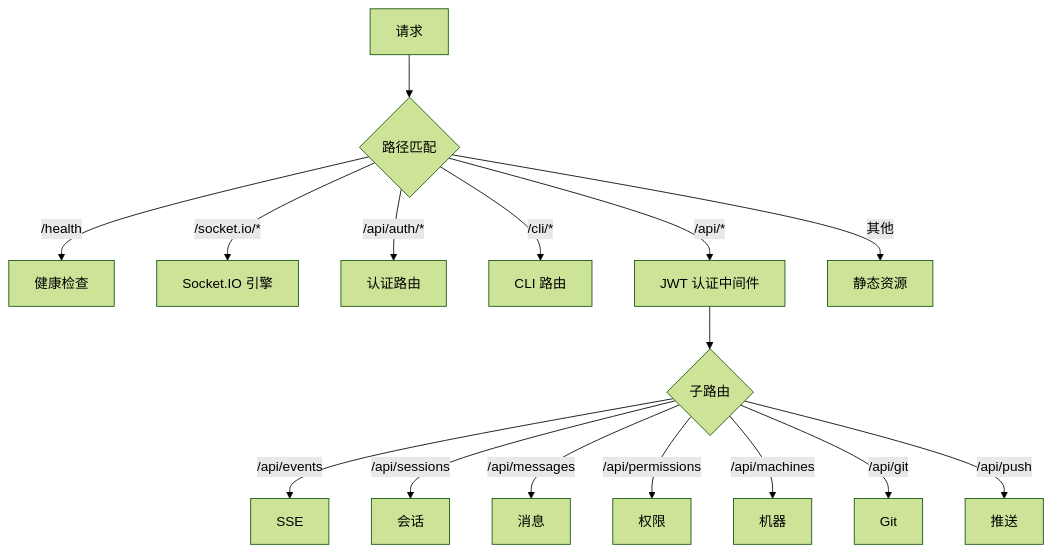
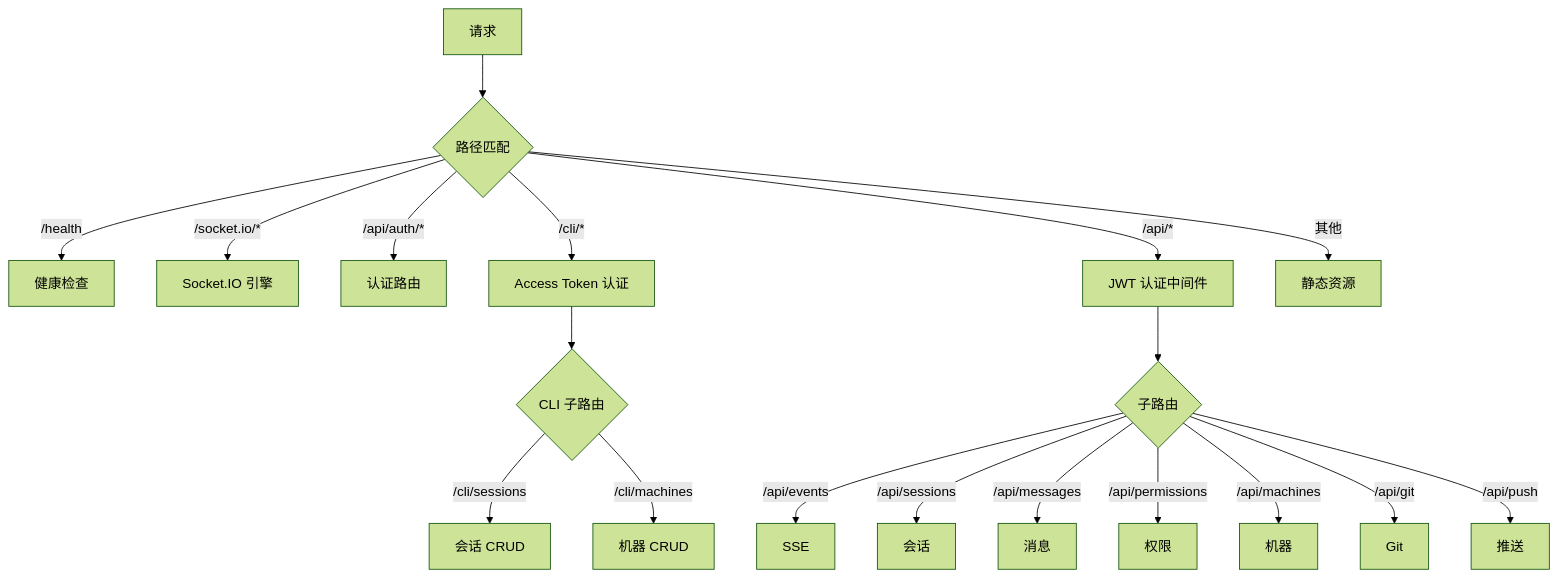
One commit to ModuBit/mobi changed the first of 2 diagrams in docs/architecture/hub/web-server/README.md. Above: the diagram before and after it, drawn with Mermaid (forest theme). The commit also changed other lines of this file and 16 other files, not shown here.

````diff
--- a/docs/architecture/hub/web-server/README.md
+++ b/docs/architecture/hub/web-server/README.md
@@ -26,21 +27,24 @@
 ```mermaid
 flowchart TB
     request[请求] --> match{路径匹配}
 
     match -->|/health| health[健康检查]
     match -->|/socket.io/*| socketio[Socket.IO 引擎]
     match -->|/api/auth/*| auth[认证路由]
-    match -->|/cli/*| cli[CLI 路由]
+    match -->|/cli/*| cli_auth[Access Token 认证]
+    cli_auth --> cli{CLI 子路由}
+    cli -->|/cli/sessions| cli_sess[会话 CRUD]
+    cli -->|/cli/machines| cli_machine[机器 CRUD]
 
     match -->|/api/*| jwt[JWT 认证中间件]
     jwt --> submatch{子路由}
     submatch -->|/api/events| sse[SSE]
     submatch -->|/api/sessions| sessions[会话]
     submatch -->|/api/messages| messages[消息]
     submatch -->|/api/permissions| permissions[权限]
     submatch -->|/api/machines| machines[机器]
     submatch -->|/api/git| git[Git]
     submatch -->|/api/push| push[推送]
 
     match -->|其他| static[静态资源]
 ```
````
